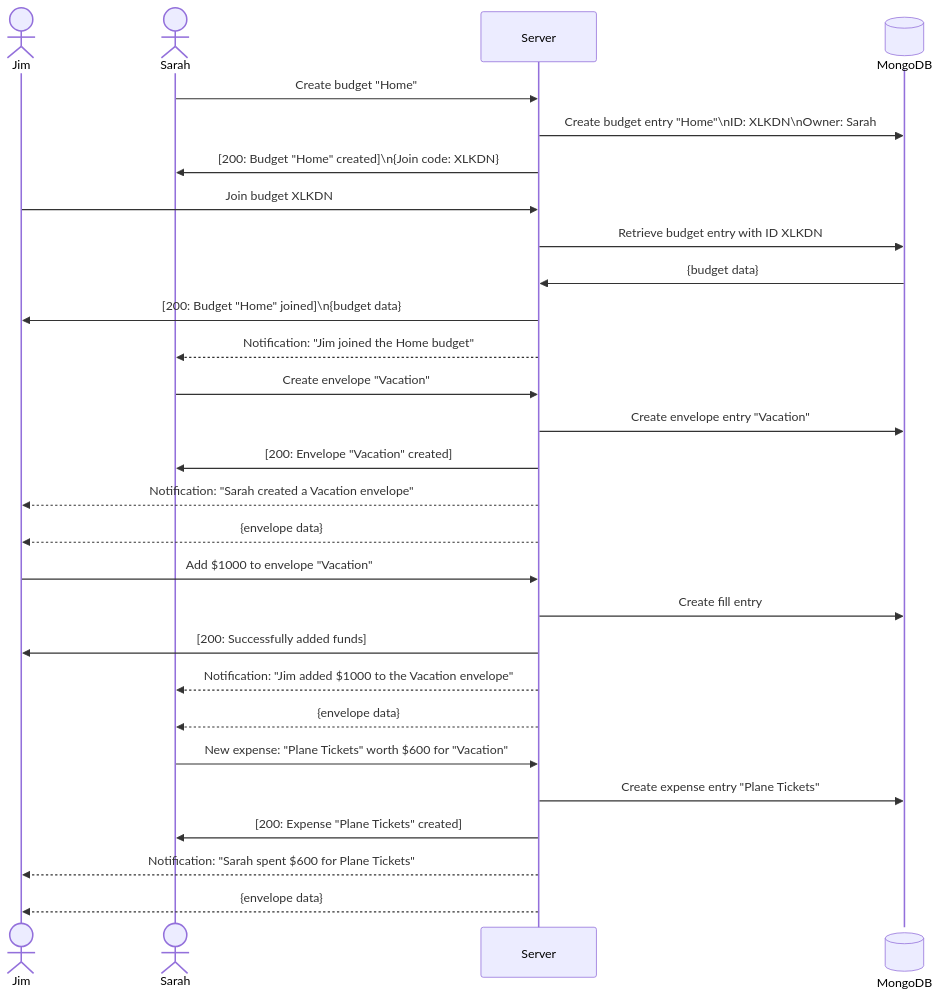
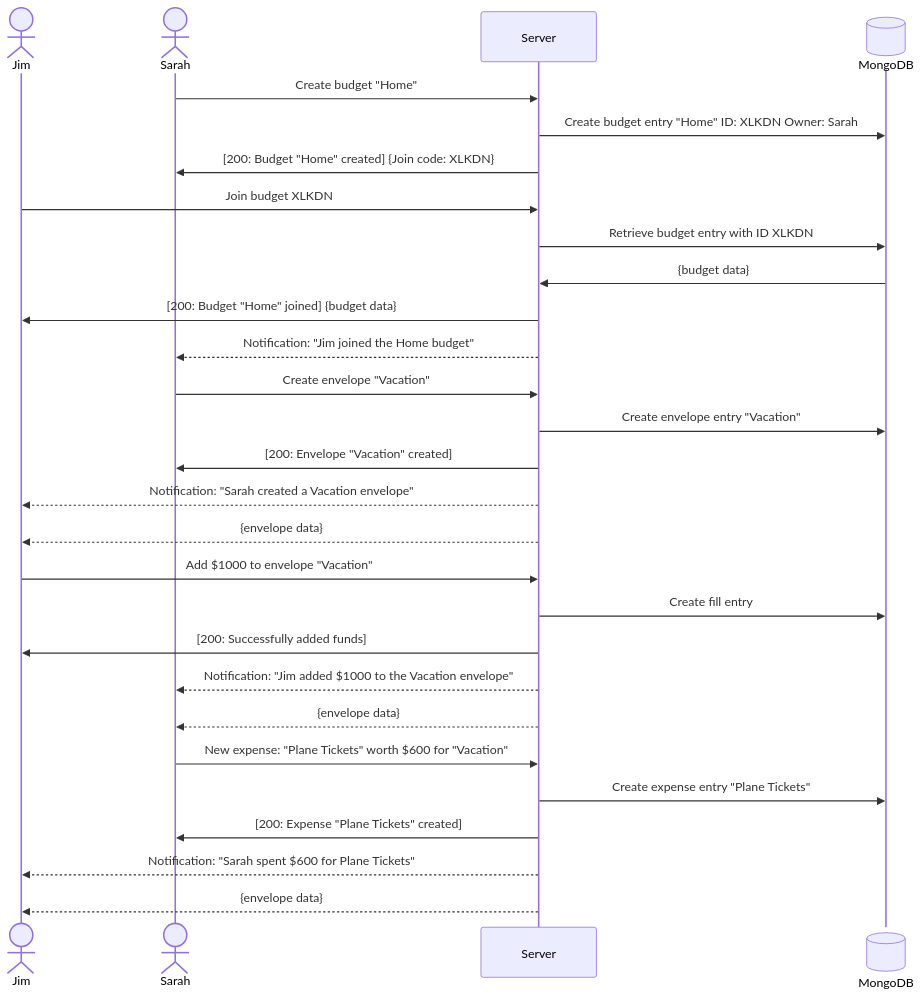
One commit to KenTheScientist/startup changed the second of 2 diagrams in README.md. Above: the diagram before and after it, drawn with Mermaid. The commit also changed other lines of this file, not shown here.

Commit message:
reformat README

````diff
--- a/README.md
+++ b/README.md
@@ -61,40 +63,40 @@
 ```mermaid
 sequenceDiagram
     actor Jim
     actor Sarah
     participant Server
     participant MongoDB@{ "type" : "database" }
 
     # Sarah creates a budget
     Sarah ->> Server: Create budget "Home"
-    Server ->> MongoDB: Create budget entry "Home"\nID: XLKDN\nOwner: Sarah
-    Server ->> Sarah: [200: Budget "Home" created]\n{Join code: XLKDN}
+    Server ->> MongoDB: Create budget entry "Home" ID: XLKDN Owner: Sarah
+    Server ->> Sarah: [200: Budget "Home" created] {Join code: XLKDN}
 
     # Jim joins the budget
     Jim ->> Server: Join budget XLKDN
     Server ->> MongoDB: Retrieve budget entry with ID XLKDN
     MongoDB ->> Server: {budget data}
-    Server ->> Jim: [200: Budget "Home" joined]\n{budget data}
+    Server ->> Jim: [200: Budget "Home" joined] {budget data}
     Server -->> Sarah: Notification: "Jim joined the Home budget"
 
     # Sarah creates an envelope
     Sarah ->> Server: Create envelope "Vacation"
     Server ->> MongoDB: Create envelope entry "Vacation"
     Server ->> Sarah: [200: Envelope "Vacation" created]
     Server -->> Jim: Notification: "Sarah created a Vacation envelope"
     Server -->> Jim: {envelope data}
 
     # Jim adds money to the envelope
     Jim ->> Server: Add $1000 to envelope "Vacation"
     Server ->> MongoDB: Create fill entry
     Server ->> Jim: [200: Successfully added funds]
     Server -->> Sarah: Notification: "Jim added $1000 to the Vacation envelope"
     Server -->> Sarah: {envelope data}
 
     # Sarah adds an expense
     Sarah ->> Server: New expense: "Plane Tickets" worth $600 for "Vacation"
     Server ->> MongoDB: Create expense entry "Plane Tickets"
     Server ->> Sarah: [200: Expense "Plane Tickets" created]
     Server -->> Jim: Notification: "Sarah spent $600 for Plane Tickets"
     Server -->> Jim: {envelope data}
 ```
````
